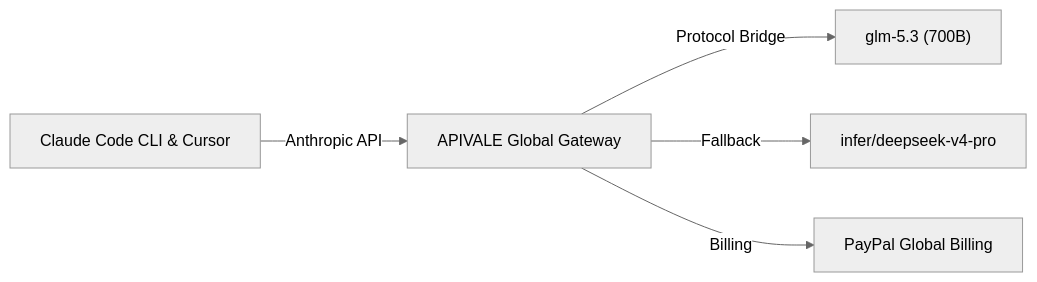
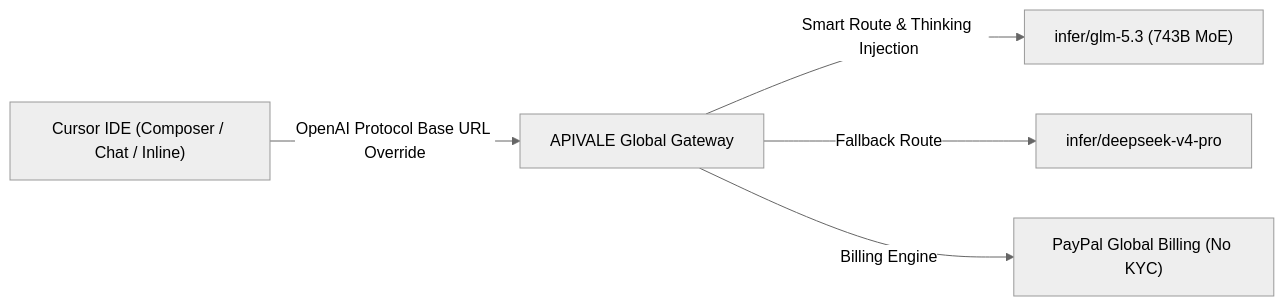
One commit to bshx2024/apivel_blog changed the diagram in src/content/blog/connect-glm-5-3-to-claude-code-cli-cursor.md. Above: the diagram before and after it, drawn with Mermaid (neutral theme). The commit also changed other lines of this file and 2 other files, not shown here.

Commit message:
feat(seo): de-cannibalize GLM-5.3 blog cluster (CLI vs Cursor decoupling & intent handover)

````diff
--- a/src/content/blog/connect-glm-5-3-to-claude-code-cli-cursor.md
+++ b/src/content/blog/connect-glm-5-3-to-claude-code-cli-cursor.md
@@ -41,7 +56,7 @@
 ```mermaid
 graph LR
-    A["Claude Code CLI & Cursor"] -->|Anthropic API| B["APIVALE Global Gateway"]
-    B -->|Protocol Bridge| C["glm-5.3 (700B)"]
-    B -->|Fallback| D["infer/deepseek-v4-pro"]
-    B -->|Billing| E["PayPal Global Billing"]
+    A["Cursor IDE (Composer / Chat / Inline)"] -->|OpenAI Protocol Base URL Override| B["APIVALE Global Gateway"]
+    B -->|Smart Route & Thinking Injection| C["infer/glm-5.3 (743B MoE)"]
+    B -->|Fallback Route| D["infer/deepseek-v4-pro"]
+    B -->|Billing Engine| E["PayPal Global Billing (No KYC)"]
 ```
````
